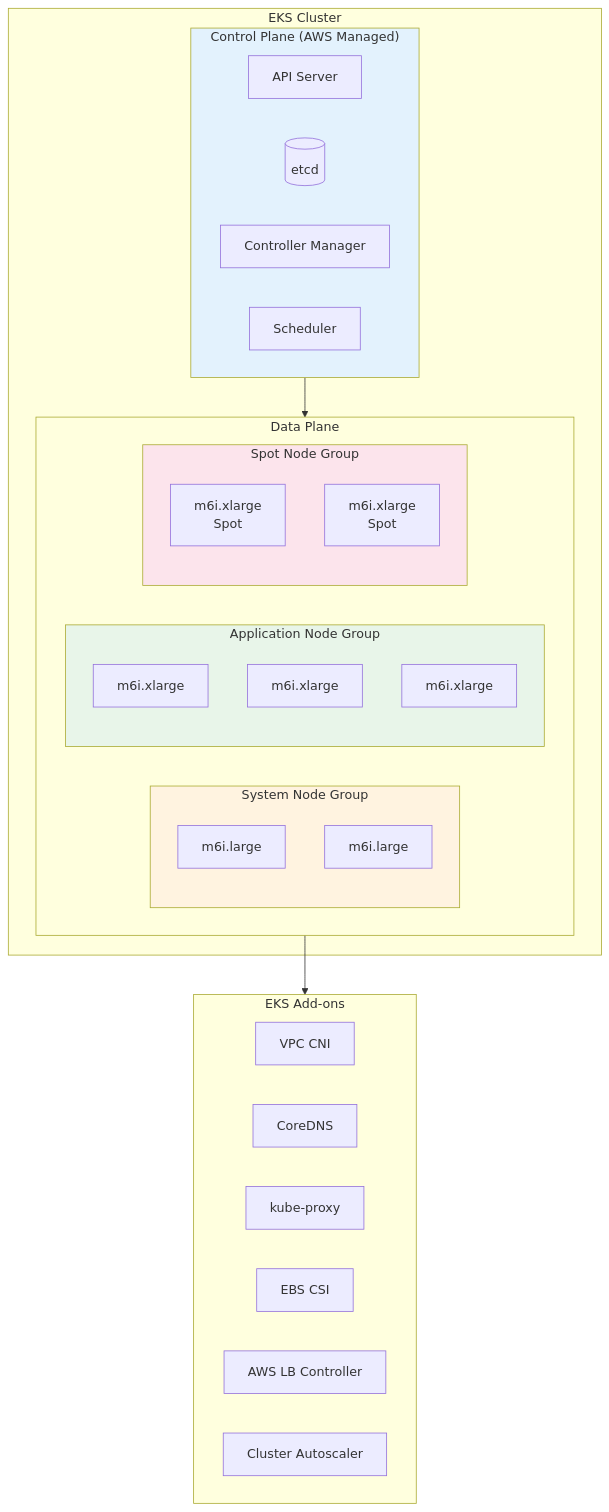
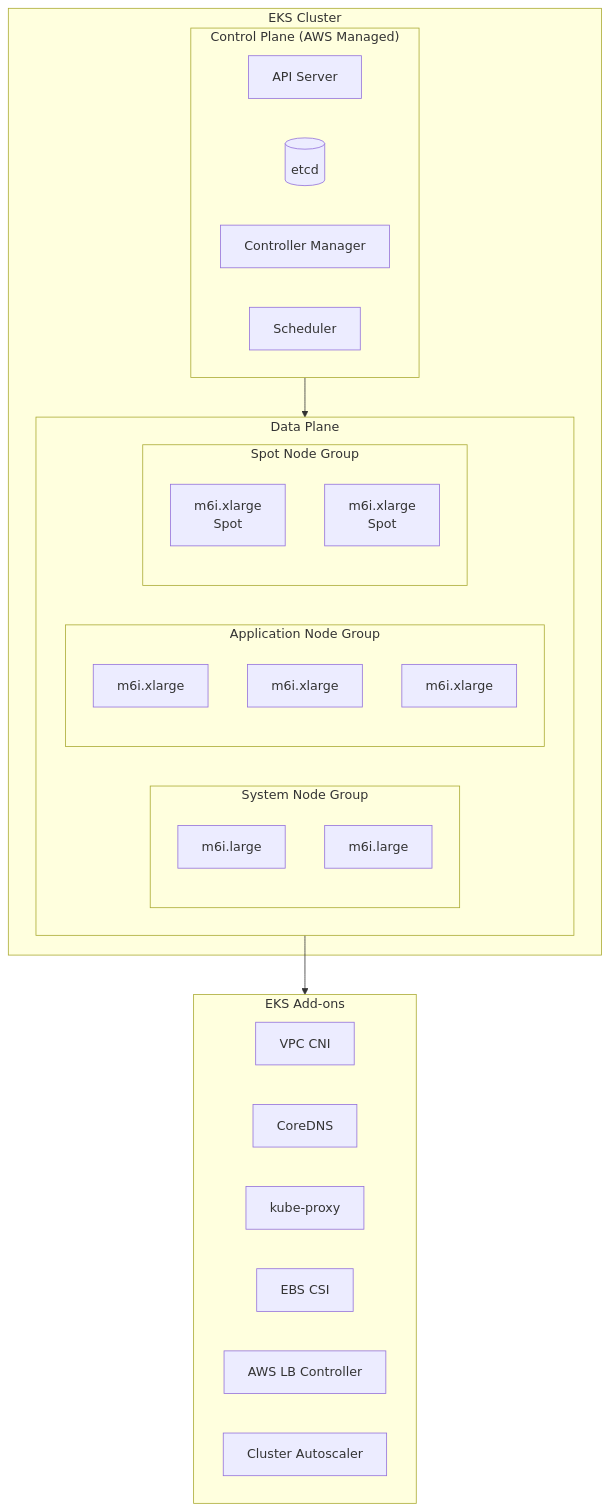
Before and after one commit to JSJ2337/AWS_EKS_terraform_code: the fifth of 9 diagrams in docs/architecture.md, drawn with Mermaid. The commit also changed other lines of this file, not shown here.

Commit message:
fix: Mermaid 다이어그램 컬러 스타일 제거

````diff
--- a/docs/architecture.md
+++ b/docs/architecture.md
@@ -200,46 +180,41 @@
 ```mermaid
 flowchart TB
     subgraph EKSCluster["EKS Cluster"]
         subgraph ControlPlane["Control Plane (AWS Managed)"]
             API[API Server]
             ETCD[(etcd)]
             CM[Controller Manager]
             SCH[Scheduler]
         end
 
         subgraph DataPlane["Data Plane"]
             subgraph SystemNG["System Node Group"]
                 SYS1[m6i.large]
                 SYS2[m6i.large]
             end
 
             subgraph AppNG["Application Node Group"]
                 APP1[m6i.xlarge]
                 APP2[m6i.xlarge]
                 APP3[m6i.xlarge]
             end
 
             subgraph SpotNG["Spot Node Group"]
                 SPOT1[m6i.xlarge<br/>Spot]
                 SPOT2[m6i.xlarge<br/>Spot]
             end
         end
     end
 
     subgraph Addons["EKS Add-ons"]
         CNI[VPC CNI]
         DNS[CoreDNS]
         PROXY[kube-proxy]
         EBS[EBS CSI]
         LBC[AWS LB Controller]
         CA[Cluster Autoscaler]
     end
 
     ControlPlane --> DataPlane
     DataPlane --> Addons
-
-    style ControlPlane fill:#e3f2fd
-    style SystemNG fill:#fff3e0
-    style AppNG fill:#e8f5e9
-    style SpotNG fill:#fce4ec
 ```
````
